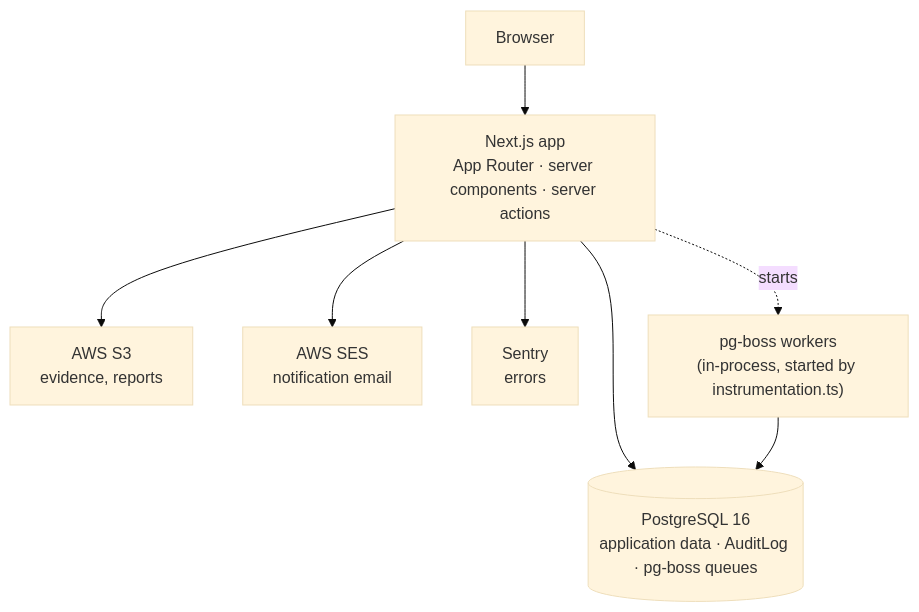
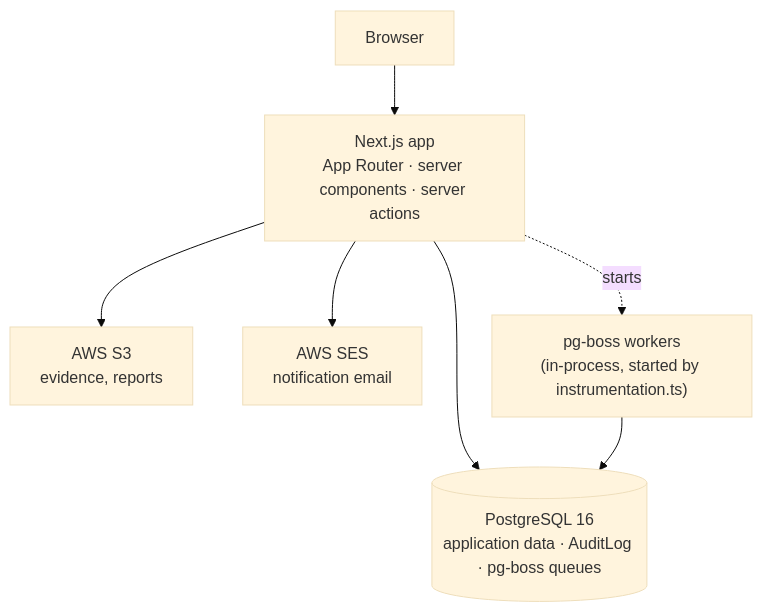
The first of 3 diagrams in docs/architecture.md (nc-sapiex/aegis-2), drawn with Mermaid (base theme) before and after one commit. The commit also changed other lines of this file and 4 other files, not shown here.

First line of the commit message:
docs: sync architecture.md and generated reference docs with 2.0 reality

````diff
--- a/docs/architecture.md
+++ b/docs/architecture.md
@@ -51,10 +51,9 @@
 ```mermaid
 flowchart TD
     Browser["Browser"] --> App["Next.js app<br/>App Router · server components · server actions"]
     App --> PG[("PostgreSQL 16<br/>application data · AuditLog · pg-boss queues")]
     App --> S3["AWS S3<br/>evidence, reports"]
     App --> SES["AWS SES<br/>notification email"]
-    App --> Sentry["Sentry<br/>errors"]
     Workers["pg-boss workers<br/>(in-process, started by instrumentation.ts)"] --> PG
     App -.starts.-> Workers
 ```
````
